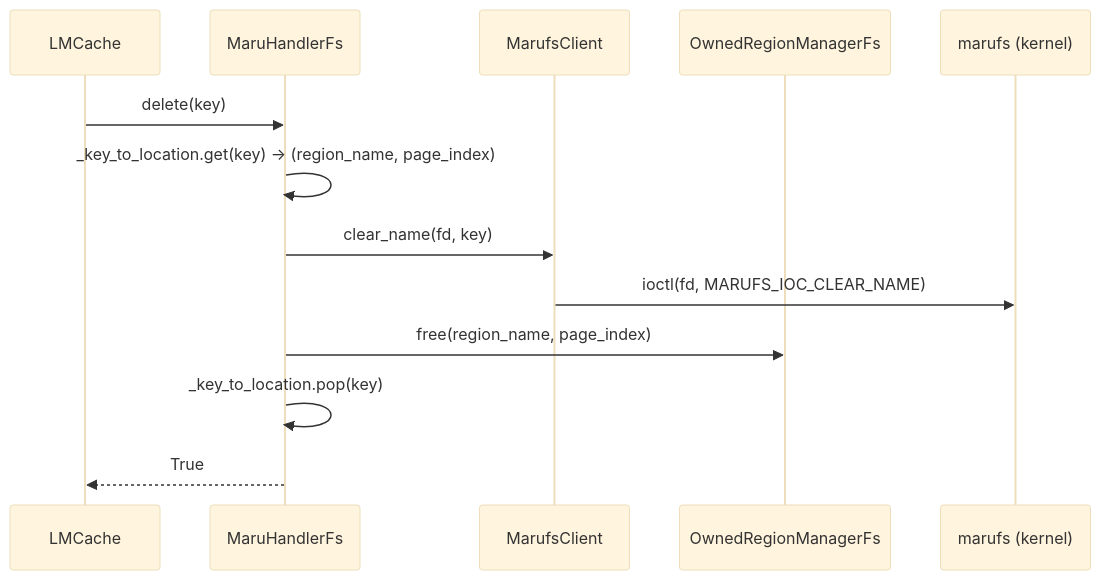
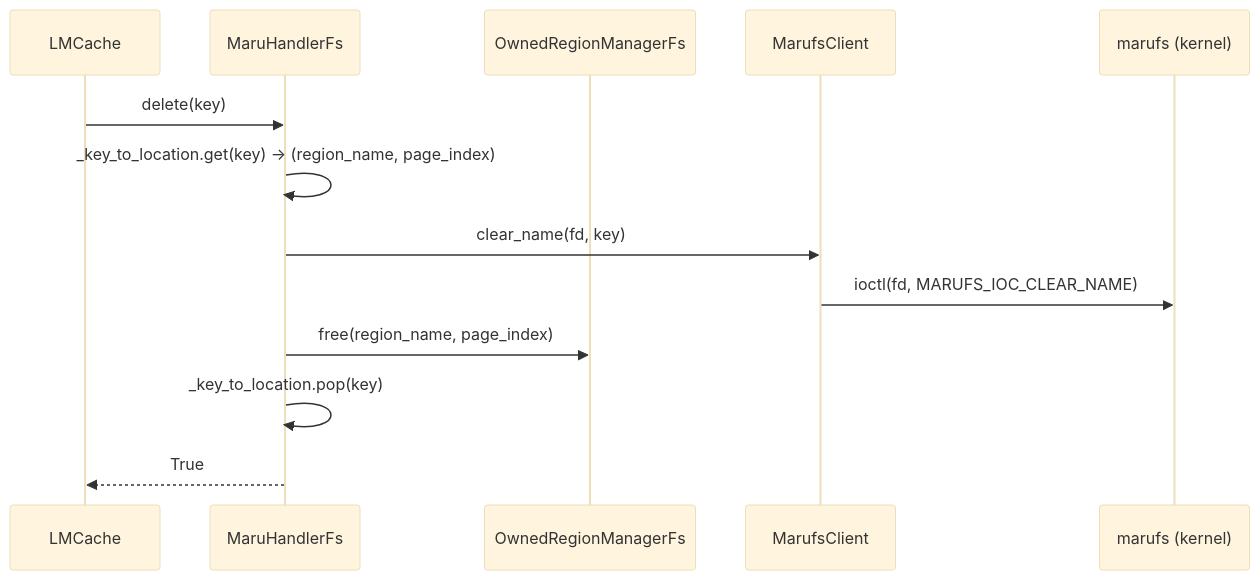
One commit to xcena-dev/maru changed the third of 4 diagrams in docs/source/design_doc/maru_fs.md. Above: the diagram before and after it, drawn with Mermaid (base theme). The commit also changed other lines of this file and 1 other file, not shown here.

````diff
--- a/docs/source/design_doc/maru_fs.md
+++ b/docs/source/design_doc/maru_fs.md
@@ -241,18 +206,18 @@
 ```mermaid
 sequenceDiagram
     participant C as LMCache
     participant H as MaruHandlerFs
+    participant ORM as OwnedRegionManagerFs
     participant XC as MarufsClient
-    participant ORM as OwnedRegionManagerFs
     participant K as marufs (kernel)
 
     C->>H: delete(key)
     H->>H: _key_to_location.get(key) → (region_name, page_index)
 
     H->>XC: clear_name(fd, key)
     XC->>K: ioctl(fd, MARUFS_IOC_CLEAR_NAME)
 
     H->>ORM: free(region_name, page_index)
     H->>H: _key_to_location.pop(key)
     H-->>C: True
 ```
````
